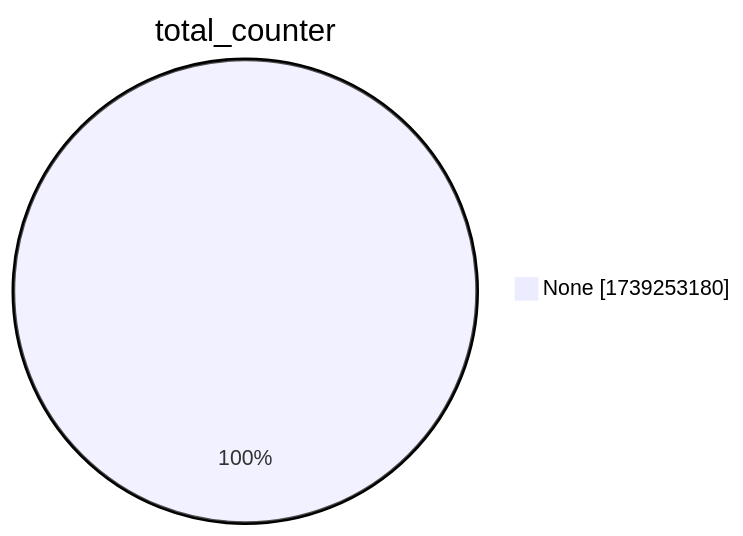
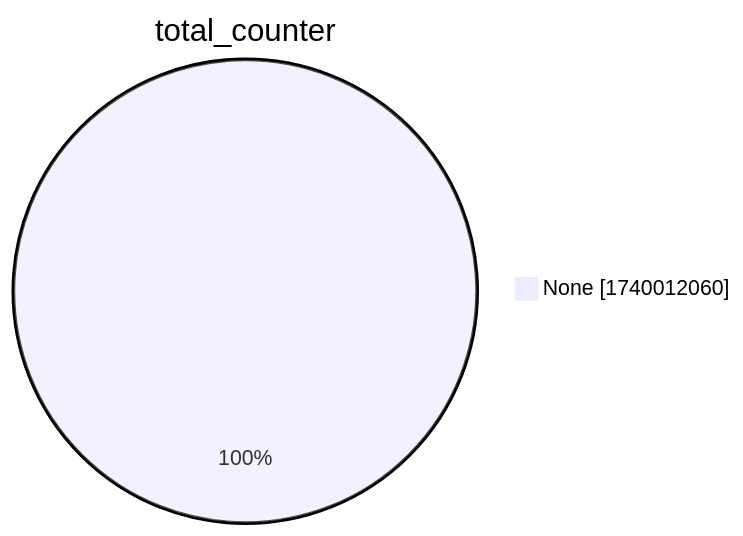
One commit to christiankrug/ctmonitor_visualization changed the second of 15 diagrams in xenon2022/README.md. Above: the diagram before and after it, drawn with Mermaid. The commit also changed other lines of this file, not shown here.

````diff
--- a/xenon2022/README.md
+++ b/xenon2022/README.md
@@ -9,5 +9,5 @@
 ```mermaid
 pie showData
 title total_counter
-"None" :1739253180
+"None" :1740012060
 ```
````
